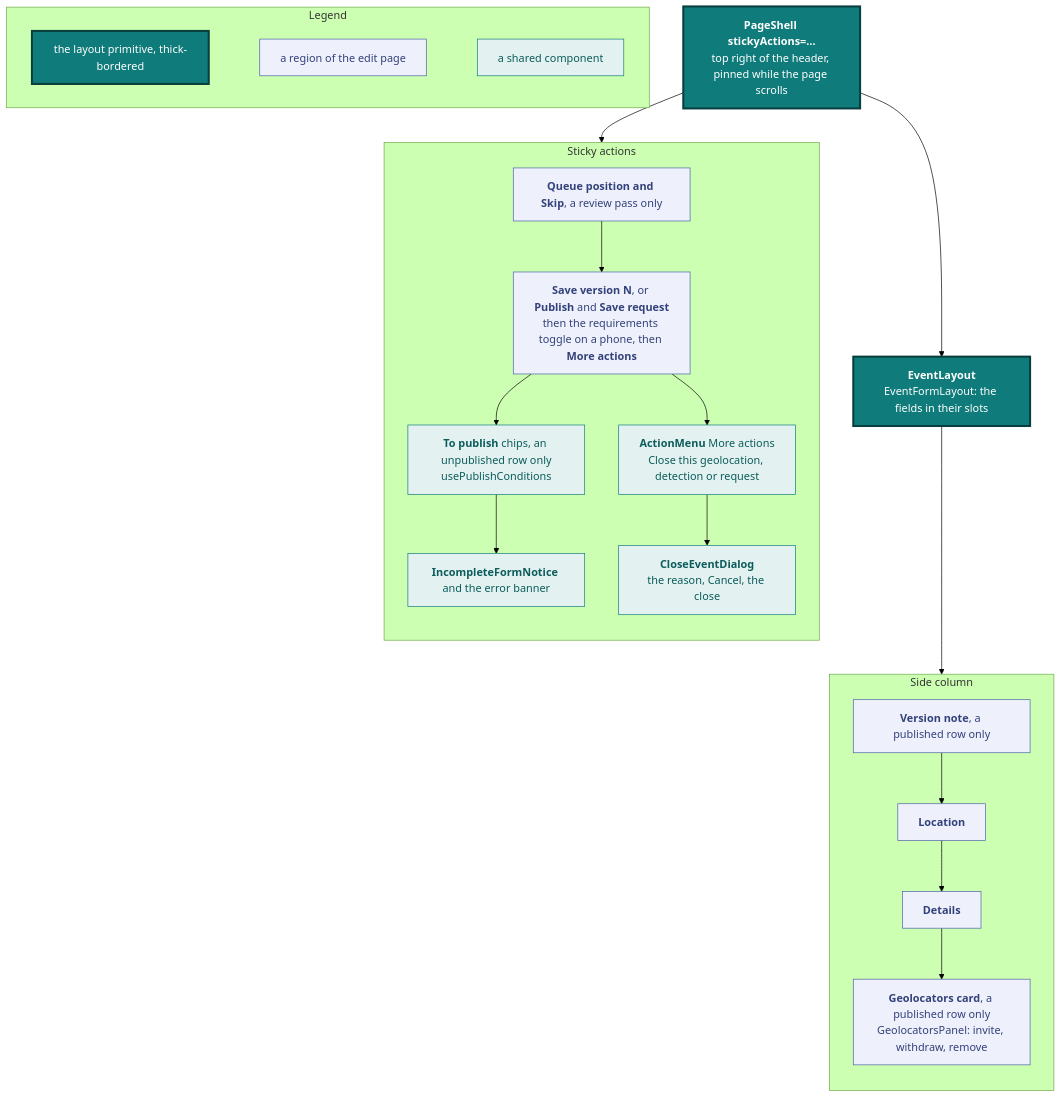
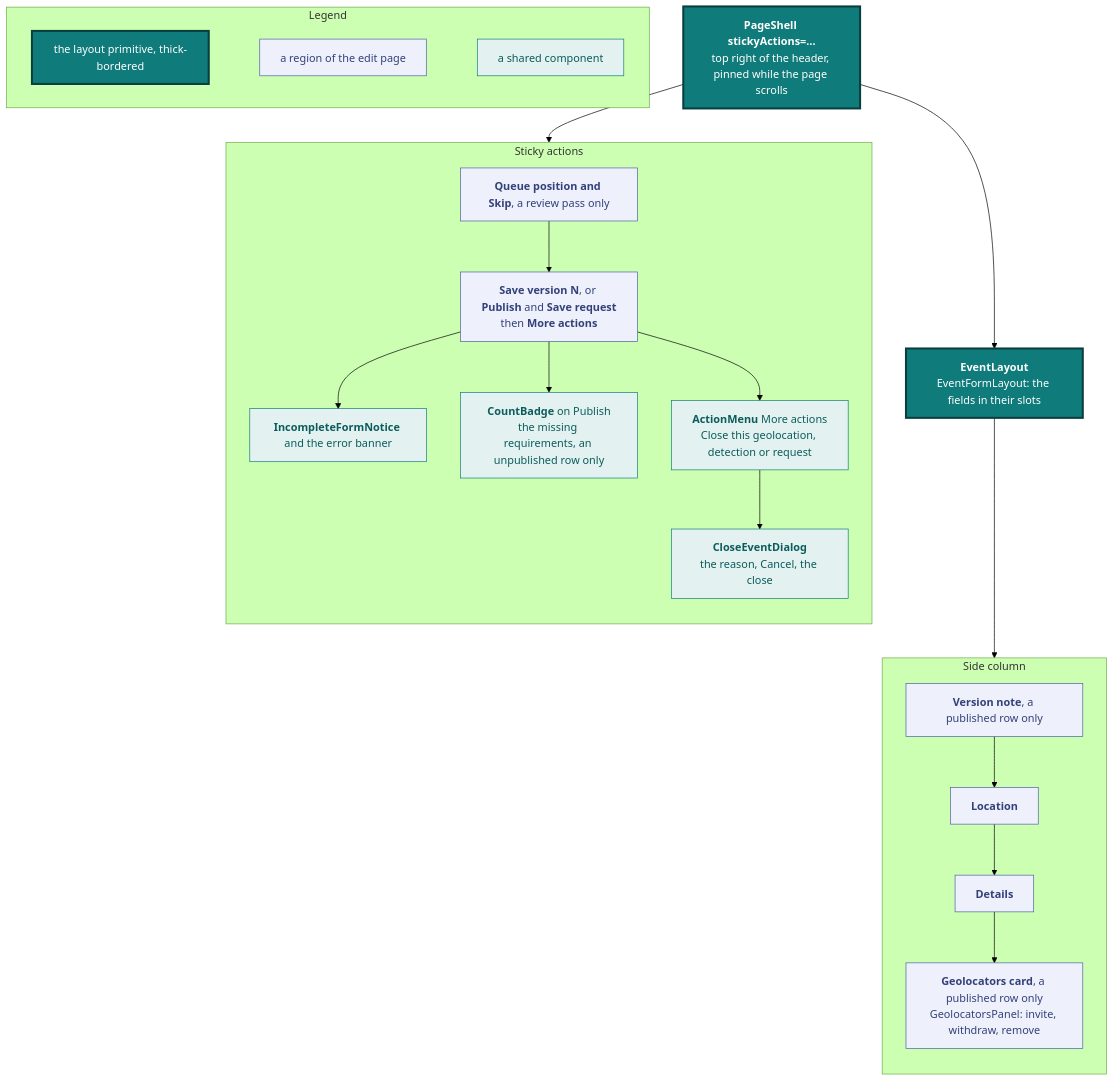
One commit to vidithq/vidit changed diagram 11 of 15 in docs/design.md. Above: the diagram before and after it, drawn with Mermaid (forest theme). The commit also changed other lines of this file and 13 other files, not shown here.

First line of the commit message:
feat(frontend): count missing conditions on the publish buttons

````diff
--- a/docs/design.md
+++ b/docs/design.md
@@ -1010,48 +1011,49 @@
 ```mermaid
 flowchart TB
   classDef spec fill:#eef1fb,stroke:#4a5fa5,color:#33417a
   classDef shared fill:#e3f2f1,stroke:#0f7b7a,color:#0b5c5b
   classDef core fill:#0f7b7a,stroke:#083f3e,stroke-width:3px,color:#ffffff
 
   subgraph legend [Legend]
     direction LR
     l1["`the layout primitive, thick-bordered`"]:::core
     l2["`a region of the edit page`"]:::spec
     l3["`a shared component`"]:::shared
     l1 ~~~ l2 ~~~ l3
   end
 
   shell["`**PageShell stickyActions=…**
   top right of the header, pinned while the page scrolls`"]:::core
   layout["`**EventLayout**
   EventFormLayout: the fields in their slots`"]:::core
 
   subgraph rail [Sticky actions]
     direction TB
     queue["`**Queue position and Skip**, a review pass only`"]:::spec
     actions["`**Save version N**, or **Publish** and **Save request**
-    then the requirements toggle on a phone, then **More actions**`"]:::spec
-    chips["`**To publish** chips, an unpublished row only
-    usePublishConditions`"]:::shared
+    then **More actions**`"]:::spec
+    count["`**CountBadge** on Publish
+    the missing requirements, an unpublished row only`"]:::shared
     banners["`**IncompleteFormNotice** and the error banner`"]:::shared
     menu["`**ActionMenu** More actions
     Close this geolocation, detection or request`"]:::shared
     dialog["`**CloseEventDialog**
     the reason, Cancel, the close`"]:::shared
-    queue --> actions --> chips --> banners
+    queue --> actions --> banners
+    actions --> count
     actions --> menu --> dialog
   end
 
   subgraph side [Side column]
     direction TB
     note["`**Version note**, a published row only`"]:::spec
     location["`**Location**`"]:::spec
     details["`**Details**`"]:::spec
     credit["`**Geolocators card**, a published row only
     GeolocatorsPanel: invite, withdraw, remove`"]:::spec
     note --> location --> details --> credit
   end
 
   shell --> rail
   shell --> layout --> side
 ```
````
